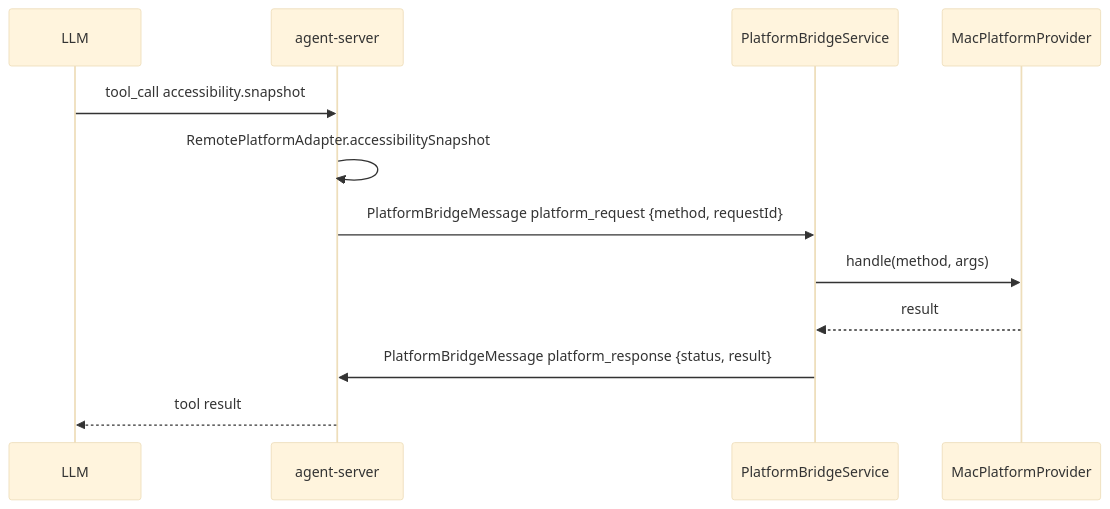
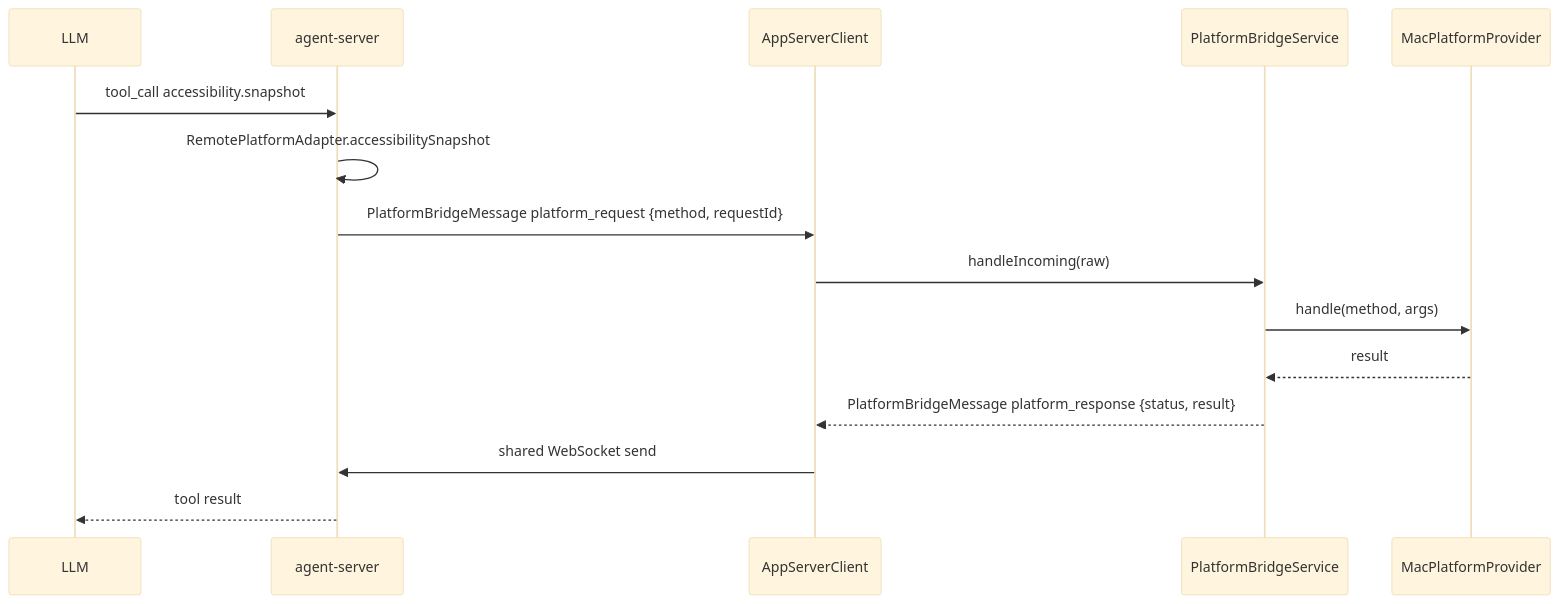
The diagram in apps/desktop/Sources/AppServices/PlatformBridge/platform-bridge.md (Lixuhang987/SpotAgent), drawn with Mermaid (base theme) before and after one commit. The commit also changed other lines of this file and 22 other files, not shown here.

````diff
--- a/apps/desktop/Sources/AppServices/PlatformBridge/platform-bridge.md
+++ b/apps/desktop/Sources/AppServices/PlatformBridge/platform-bridge.md
@@ -18,15 +18,18 @@
 ```mermaid
 sequenceDiagram
   participant LLM
   participant Server as agent-server
+  participant Client as AppServerClient
   participant Bridge as PlatformBridgeService
   participant Mac as MacPlatformProvider
 
   LLM->>Server: tool_call accessibility.snapshot
   Server->>Server: RemotePlatformAdapter.accessibilitySnapshot
-  Server->>Bridge: PlatformBridgeMessage platform_request {method, requestId}
+  Server->>Client: PlatformBridgeMessage platform_request {method, requestId}
+  Client->>Bridge: handleIncoming(raw)
   Bridge->>Mac: handle(method, args)
   Mac-->>Bridge: result
-  Bridge->>Server: PlatformBridgeMessage platform_response {status, result}
+  Bridge-->>Client: PlatformBridgeMessage platform_response {status, result}
+  Client->>Server: shared WebSocket send
   Server-->>LLM: tool result
 ```
````
